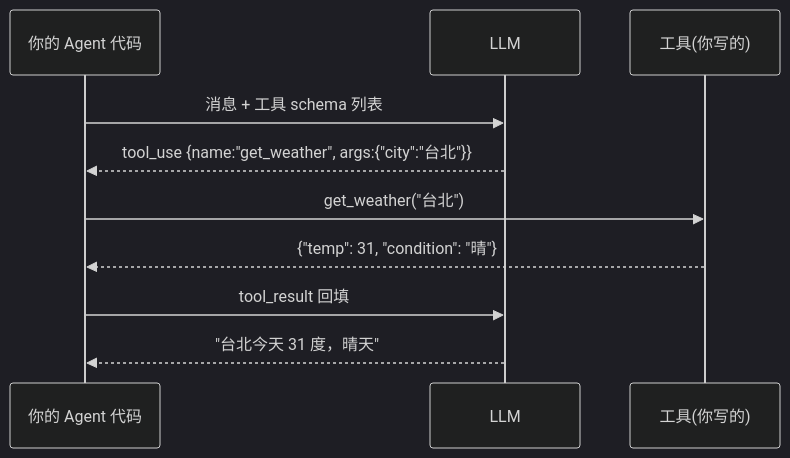
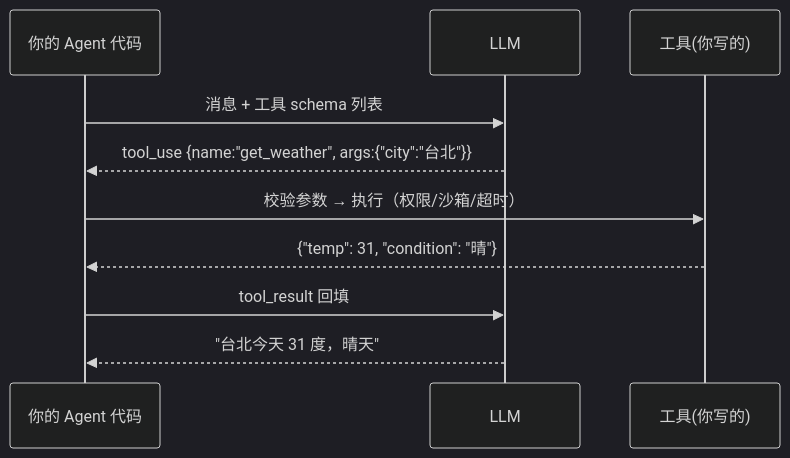
One commit to funny8kids/ai-agent-handbook changed the diagram in docs/05-tool-protocol/function-calling.md. Above: the diagram before and after it, drawn with Mermaid (dark theme). The commit also changed other lines of this file and 3 other files, not shown here.

````diff
--- a/docs/05-tool-protocol/function-calling.md
+++ b/docs/05-tool-protocol/function-calling.md
@@ -23,12 +78,12 @@
 ```mermaid
 sequenceDiagram
   participant A as 你的 Agent 代码
   participant M as LLM
   participant T as 工具(你写的)
   A->>M: 消息 + 工具 schema 列表
   M-->>A: tool_use {name:"get_weather", args:{"city":"台北"}}
-  A->>T: get_weather("台北")
+  A->>T: 校验参数 → 执行（权限/沙箱/超时）
   T-->>A: {"temp": 31, "condition": "晴"}
   A->>M: tool_result 回填
   M-->>A: "台北今天 31 度，晴天"
 ```
````
